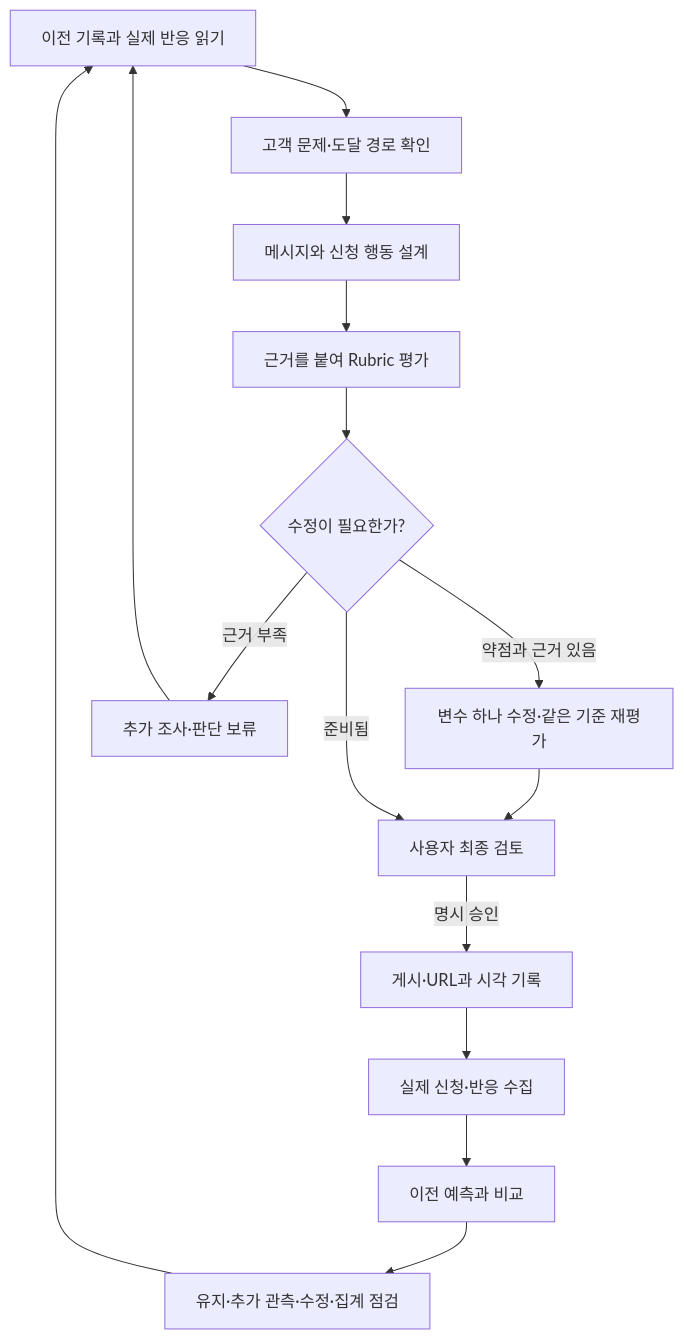
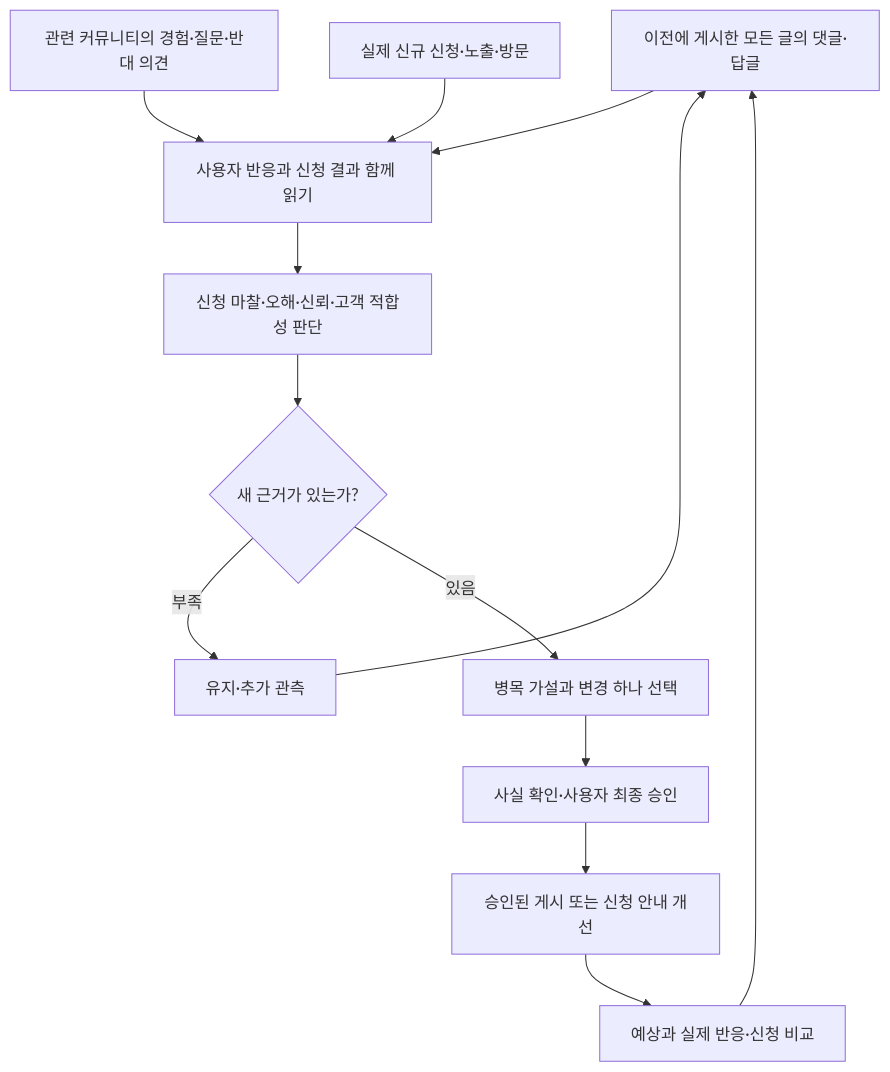
One commit to Joon-Park92/clone-gtm changed the diagram in PRESENTATION.md. Above: the diagram before and after it, drawn with Mermaid. The commit also changed other lines of this file and 78 other files, not shown here.

````diff
--- a/PRESENTATION.md
+++ b/PRESENTATION.md
@@ -45,17 +45,15 @@
 ```mermaid
 flowchart TD
-    A[이전 기록과 실제 반응 읽기] --> B[고객 문제·도달 경로 확인]
-    B --> C[메시지와 신청 행동 설계]
-    C --> D[근거를 붙여 Rubric 평가]
-    D --> E{수정이 필요한가?}
-    E -->|약점과 근거 있음| F[변수 하나 수정·같은 기준 재평가]
-    F --> G[사용자 최종 검토]
-    E -->|준비됨| G
-    E -->|근거 부족| H[추가 조사·판단 보류]
-    H --> A
-    G -->|명시 승인| I[게시·URL과 시각 기록]
-    I --> J[실제 신청·반응 수집]
-    J --> K[이전 예측과 비교]
-    K --> L[유지·추가 관측·수정·집계 점검]
-    L --> A
+    A[이전에 게시한 모든 글의 댓글·답글] --> D[사용자 반응과 신청 결과 함께 읽기]
+    B[관련 커뮤니티의 경험·질문·반대 의견] --> D
+    C[실제 신규 신청·노출·방문] --> D
+    D --> E[신청 마찰·오해·신뢰·고객 적합성 판단]
+    E --> F{새 근거가 있는가?}
+    F -->|부족| G[유지·추가 관측]
+    F -->|있음| H[병목 가설과 변경 하나 선택]
+    H --> I[사실 확인·사용자 최종 승인]
+    I --> J[승인된 게시 또는 신청 안내 개선]
+    J --> K[예상과 실제 반응·신청 비교]
+    K --> A
+    G --> A
 ```
````
